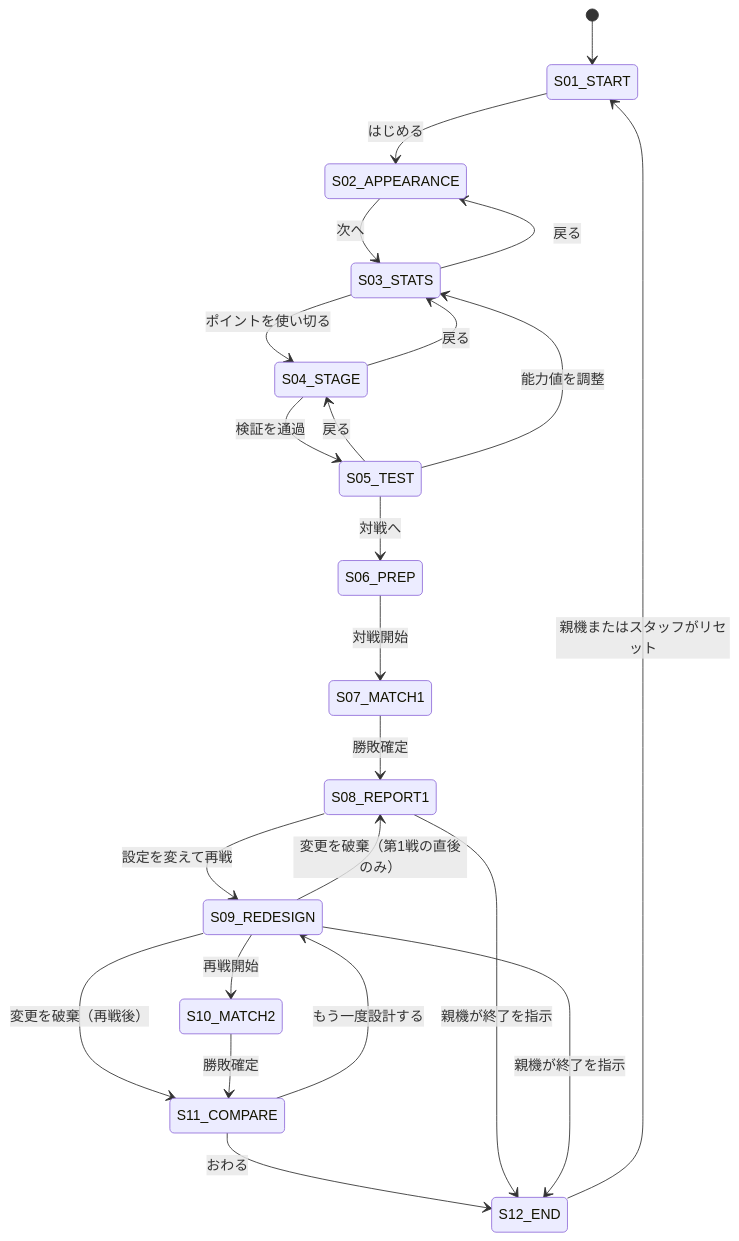
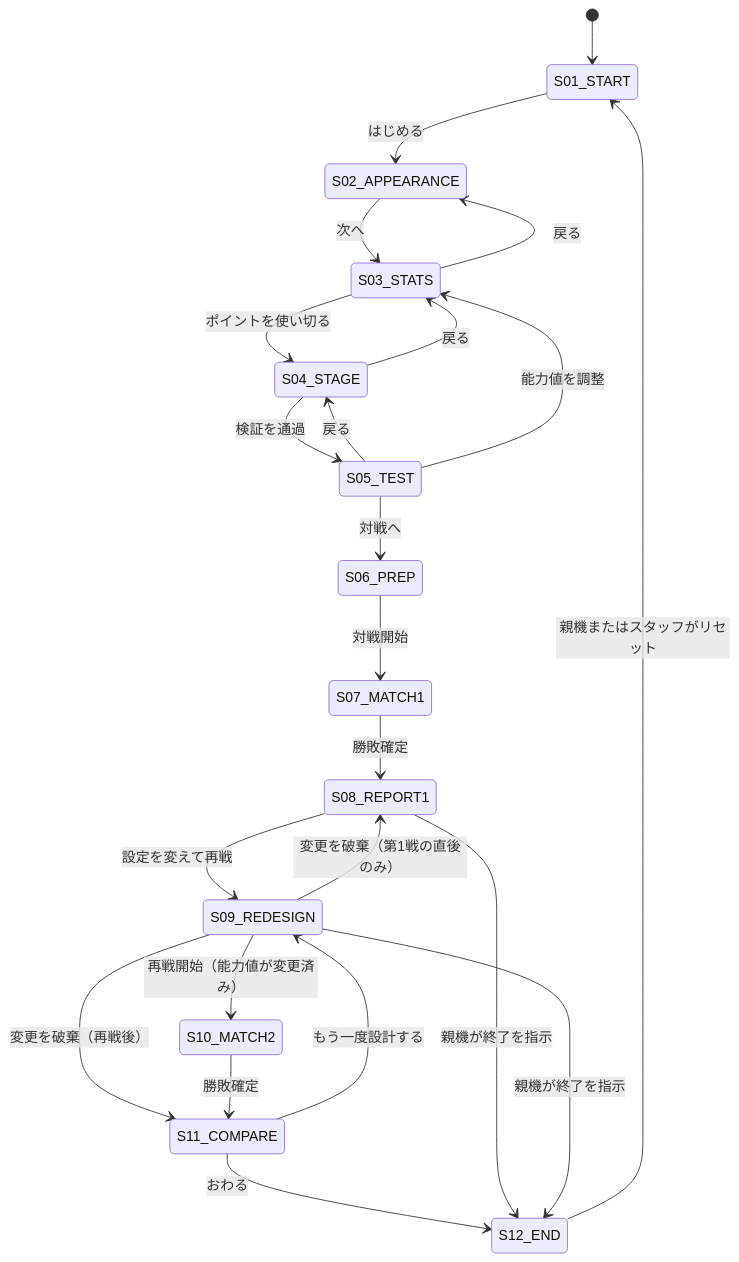
One commit to m0o9l0v3/oc-battle-sim changed the diagram in docs/01-experience/user-flow.md. Above: the diagram before and after it, drawn with Mermaid. The commit also changed other lines of this file and 2 other files, not shown here.

````diff
--- a/docs/01-experience/user-flow.md
+++ b/docs/01-experience/user-flow.md
@@ -159,25 +168,25 @@
 ```mermaid
 stateDiagram-v2
   [*] --> S01_START
   S01_START --> S02_APPEARANCE: はじめる
   S02_APPEARANCE --> S03_STATS: 次へ
   S03_STATS --> S02_APPEARANCE: 戻る
   S03_STATS --> S04_STAGE: ポイントを使い切る
   S04_STAGE --> S03_STATS: 戻る
   S04_STAGE --> S05_TEST: 検証を通過
   S05_TEST --> S04_STAGE: 戻る
   S05_TEST --> S03_STATS: 能力値を調整
   S05_TEST --> S06_PREP: 対戦へ
   S06_PREP --> S07_MATCH1: 対戦開始
   S07_MATCH1 --> S08_REPORT1: 勝敗確定
   S08_REPORT1 --> S09_REDESIGN: 設定を変えて再戦
   S09_REDESIGN --> S08_REPORT1: 変更を破棄（第1戦の直後のみ）
   S09_REDESIGN --> S11_COMPARE: 変更を破棄（再戦後）
-  S09_REDESIGN --> S10_MATCH2: 再戦開始
+  S09_REDESIGN --> S10_MATCH2: 再戦開始（能力値が変更済み）
   S10_MATCH2 --> S11_COMPARE: 勝敗確定
   S11_COMPARE --> S09_REDESIGN: もう一度設計する
   S11_COMPARE --> S12_END: おわる
   S08_REPORT1 --> S12_END: 親機が終了を指示
   S09_REDESIGN --> S12_END: 親機が終了を指示
   S12_END --> S01_START: 親機またはスタッフがリセット
 ```
````
